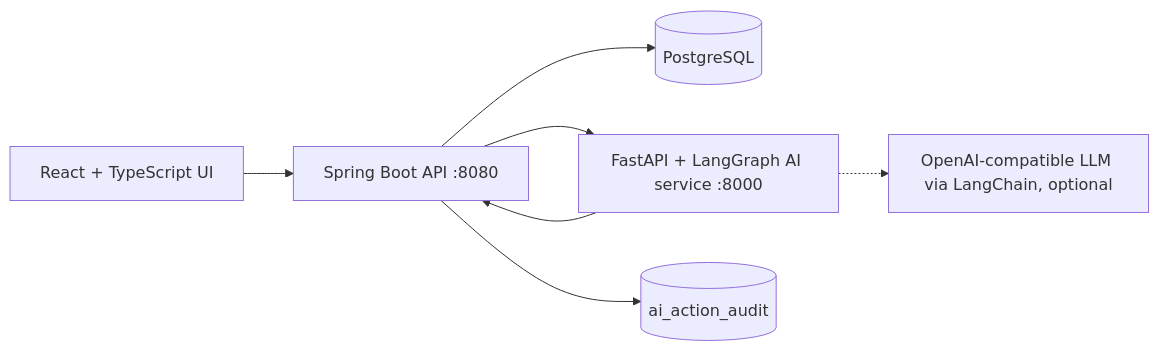
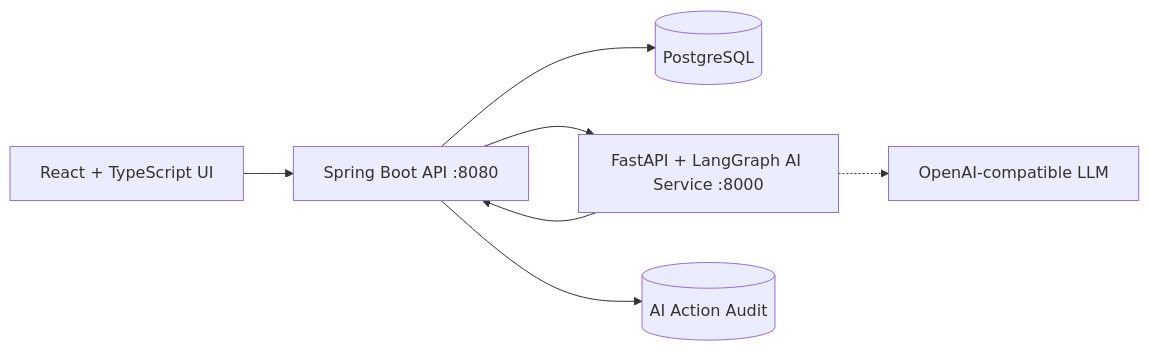
One commit to zeeshanverse/AI-Crew changed the diagram in README.md. Above: the diagram before and after it, drawn with Mermaid.

Commit message:
adding the architecture diagram

````diff
--- a/README.md
+++ b/README.md
@@ -85,17 +85,11 @@
 ```mermaid
 
 flowchart LR
-
-    UI[React + TypeScript UI] --> API[Spring Boot API :8080]
-
-    API --> DB[(PostgreSQL)]
-
-    API --> AI[FastAPI + LangGraph AI service :8000]
-
-    AI --> API
-
-    AI -.-> LLM[OpenAI-compatible LLM via LangChain, optional]
-
-    API --> AUD[(ai_action_audit)]
+    UI["React + TypeScript UI"] --> API["Spring Boot API :8080"]
+    API --> DB[("PostgreSQL")]
+    API --> AI["FastAPI + LangGraph AI Service :8000"]
+    AI --> API
+    AI -.-> LLM["OpenAI-compatible LLM"]
+    API --> AUD[("AI Action Audit")]
 
 ```
````
